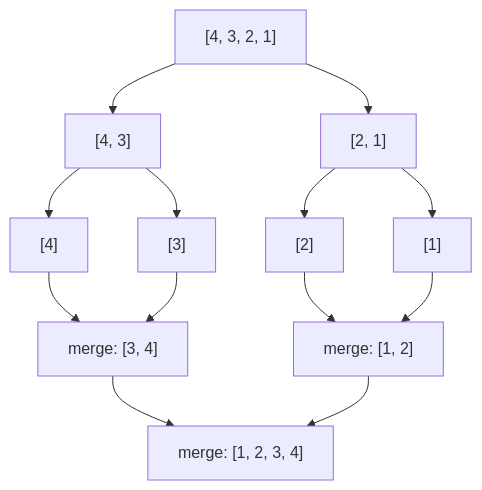
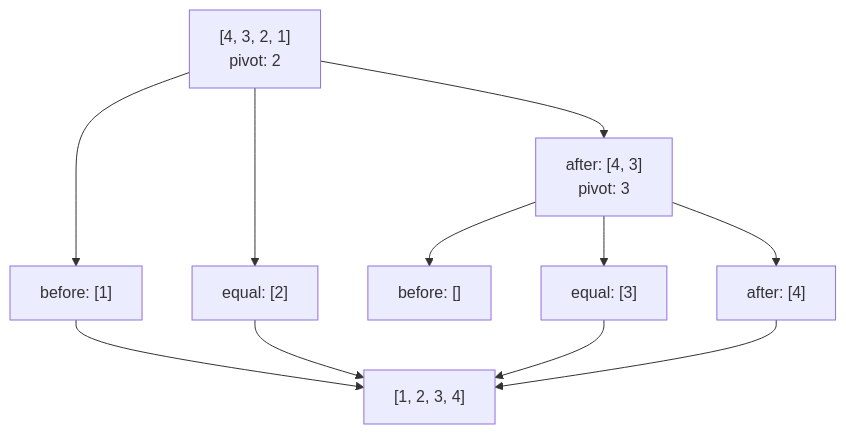
One commit to mintlify-demo/docs changed the diagram in merge-sort-api/guides/how-it-works.mdx. Above: the diagram before and after it, drawn with Mermaid. The commit also changed other lines of this file and 8 other files, not shown here.

````diff
--- a/merge-sort-api/guides/how-it-works.mdx
+++ b/merge-sort-api/guides/how-it-works.mdx
@@ -11,15 +17,13 @@
 ```mermaid
 flowchart TD
-    A["[4, 3, 2, 1]"] --> B["[4, 3]"]
-    A --> C["[2, 1]"]
-    B --> D["[4]"]
-    B --> E["[3]"]
-    C --> F["[2]"]
-    C --> G["[1]"]
-    D --> H["merge: [3, 4]"]
-    E --> H
-    F --> I["merge: [1, 2]"]
-    G --> I
-    H --> J["merge: [1, 2, 3, 4]"]
-    I --> J
+    A["[4, 3, 2, 1]<br/>pivot: 2"] --> B["before: [1]"]
+    A --> C["equal: [2]"]
+    A --> D["after: [4, 3]<br/>pivot: 3"]
+    D --> E["before: []"]
+    D --> F["equal: [3]"]
+    D --> G["after: [4]"]
+    B --> H["[1, 2, 3, 4]"]
+    C --> H
+    F --> H
+    G --> H
 ```
````
